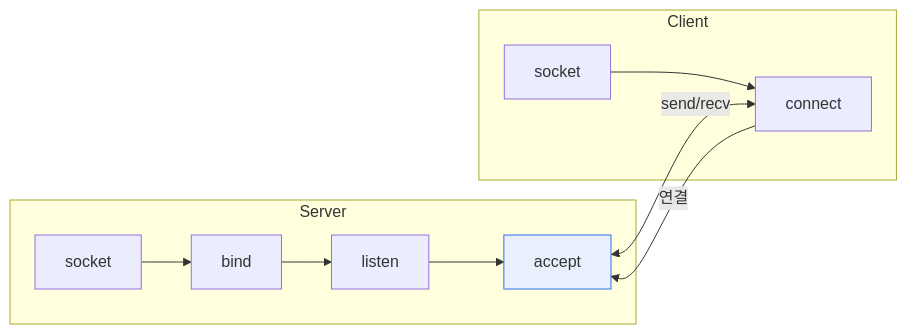
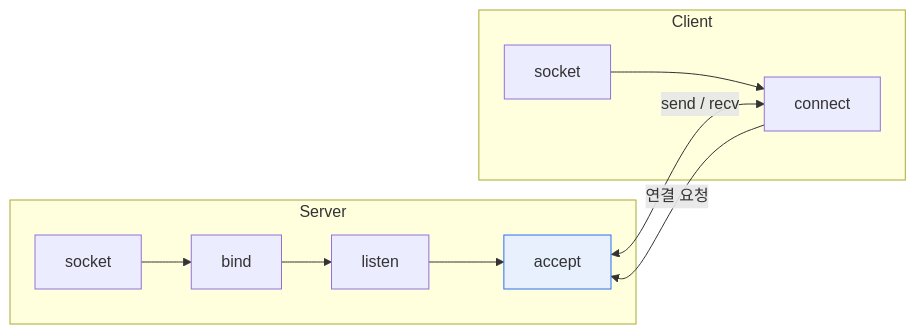
One commit to coninggu/wjdqhrhksflrltnftk changed the diagram in content/socket-communication.md. Above: the diagram before and after it, drawn with Mermaid. The commit also changed other lines of this file and 5 other files, not shown here.

````diff
--- a/content/socket-communication.md
+++ b/content/socket-communication.md
@@ -12,12 +15,12 @@
 ```mermaid
 flowchart LR
   subgraph Server
     S1[socket] --> S2[bind] --> S3[listen] --> S4[accept]
   end
   subgraph Client
     C1[socket] --> C2[connect]
   end
-  C2 -->|연결| S4
-  S4 <-->|"send/recv"| C2
+  C2 -->|연결 요청| S4
+  S4 <-->|"send / recv"| C2
   style S4 fill:#e8f0fe,stroke:#2f6fed
 ```
````
